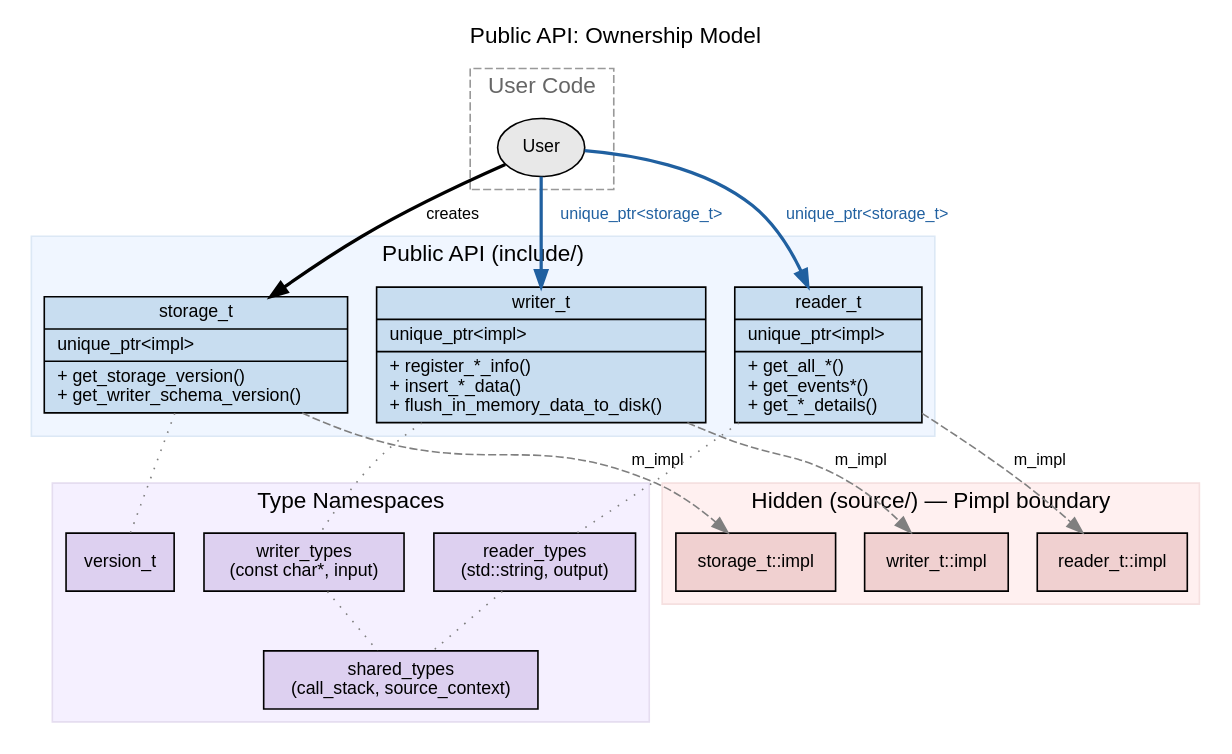
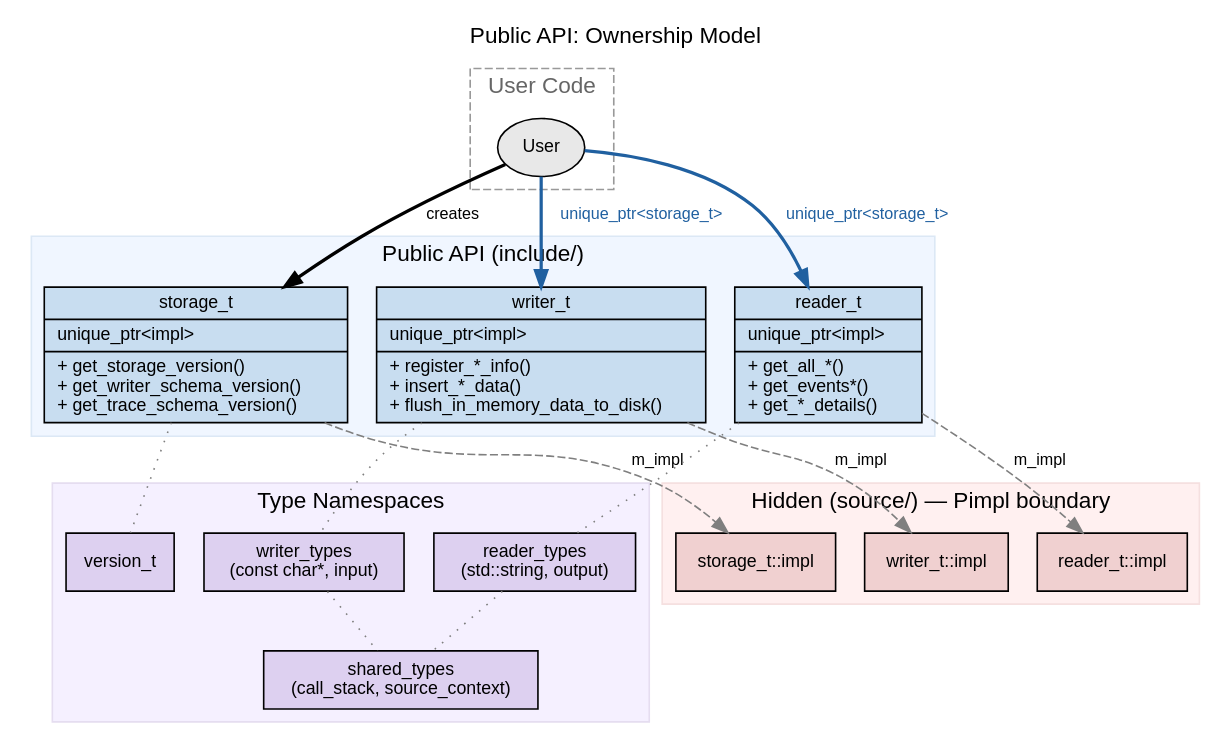
The diagram in profilers/profiler-hub/docs/graphs/public_api_ownership.dot (ROCm/rocm-systems), drawn with Graphviz before and after one commit. The commit also changed 125 other files, not shown here.

```diff
--- a/profilers/profiler-hub/docs/graphs/public_api_ownership.dot
+++ b/profilers/profiler-hub/docs/graphs/public_api_ownership.dot
@@ -1,67 +1,67 @@
 digraph public_api_ownership {
     rankdir=TB;
     fontname="Helvetica";
     node [fontname="Helvetica", fontsize=11, shape=record, style=filled];
     edge [fontname="Helvetica", fontsize=10];
 
     label="Public API: Ownership Model";
     labelloc=t;
     fontsize=14;
 
     subgraph cluster_user {
         label="User Code";
         style=dashed;
         color=gray60;
         fontcolor=gray40;
 
         user_code [label="User", shape=ellipse, fillcolor="#e8e8e8"];
     }
 
     subgraph cluster_public_api {
         label="Public API (include/)";
         style=filled;
         color="#dce8f5";
         fillcolor="#f0f6ff";
 
-        storage [label="{storage_t|unique_ptr\<impl\>\l|+ get_storage_version()\l+ get_writer_schema_version()\l}", fillcolor="#c8ddf0"];
+        storage [label="{storage_t|unique_ptr\<impl\>\l|+ get_storage_version()\l+ get_writer_schema_version()\l+ get_trace_schema_version()\l}", fillcolor="#c8ddf0"];
         writer [label="{writer_t|unique_ptr\<impl\>\l|+ register_*_info()\l+ insert_*_data()\l+ flush_in_memory_data_to_disk()\l}", fillcolor="#c8ddf0"];
         reader [label="{reader_t|unique_ptr\<impl\>\l|+ get_all_*()\l+ get_events*()\l+ get_*_details()\l}", fillcolor="#c8ddf0"];
     }
 
     subgraph cluster_types {
         label="Type Namespaces";
         style=filled;
         color="#e5ddf0";
         fillcolor="#f5f0ff";
 
         writer_types [label="writer_types\n(const char*, input)", shape=box, fillcolor="#ddd0f0"];
         reader_types [label="reader_types\n(std::string, output)", shape=box, fillcolor="#ddd0f0"];
         shared_types [label="shared_types\n(call_stack, source_context)", shape=box, fillcolor="#ddd0f0"];
         version [label="version_t", shape=box, fillcolor="#ddd0f0"];
     }
 
     subgraph cluster_hidden {
         label="Hidden (source/) — Pimpl boundary";
         style=filled;
         color="#f5e0e0";
         fillcolor="#fff0f0";
 
         storage_impl [label="storage_t::impl", shape=box, fillcolor="#f0d0d0"];
         writer_impl [label="writer_t::impl", shape=box, fillcolor="#f0d0d0"];
         reader_impl [label="reader_t::impl", shape=box, fillcolor="#f0d0d0"];
     }
 
     user_code -> storage [label="  creates  ", style=bold];
     user_code -> writer [label="  unique_ptr<storage_t>  ", style=bold, color="#2060a0", fontcolor="#2060a0"];
     user_code -> reader [label="  unique_ptr<storage_t>  ", style=bold, color="#2060a0", fontcolor="#2060a0"];
 
     storage -> storage_impl [label="  m_impl  ", style=dashed, color=gray50];
     writer -> writer_impl [label="  m_impl  ", style=dashed, color=gray50];
     reader -> reader_impl [label="  m_impl  ", style=dashed, color=gray50];
 
     writer -> writer_types [style=dotted, color=gray50, arrowhead=none];
     reader -> reader_types [style=dotted, color=gray50, arrowhead=none];
     writer_types -> shared_types [style=dotted, color=gray50, arrowhead=none];
     reader_types -> shared_types [style=dotted, color=gray50, arrowhead=none];
     storage -> version [style=dotted, color=gray50, arrowhead=none];
 }
```
